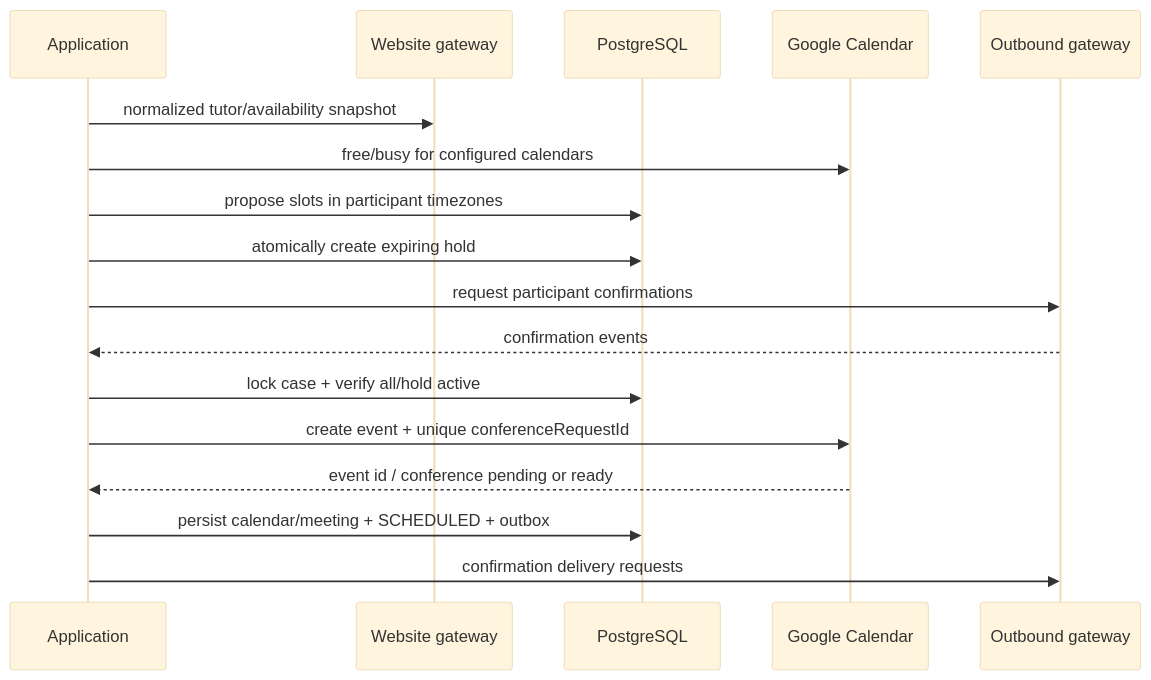
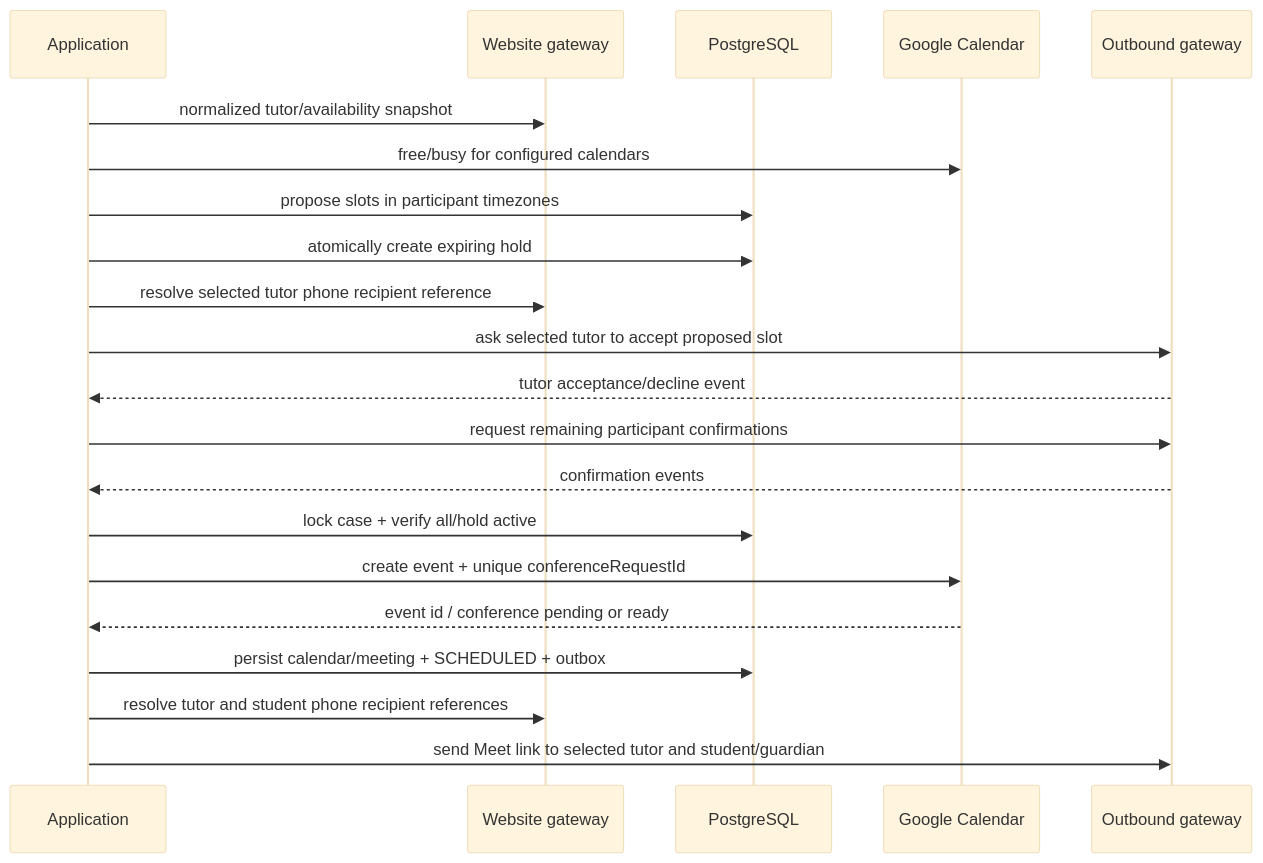
Before and after one commit to ajayvatsyayanseo-commits/Demo-Command-Center-Agent: the first of 2 diagrams in docs/architecture/scheduling-saga.md, drawn with Mermaid (base theme). The commit also changed other lines of this file and 150 other files, not shown here.

````diff
--- a/docs/architecture/scheduling-saga.md
+++ b/docs/architecture/scheduling-saga.md
@@ -5,19 +5,23 @@
 ```mermaid
 sequenceDiagram
     participant A as Application
     participant W as Website gateway
     participant DB as PostgreSQL
     participant G as Google Calendar
     participant Q as Outbound gateway
     A->>W: normalized tutor/availability snapshot
     A->>G: free/busy for configured calendars
     A->>DB: propose slots in participant timezones
     A->>DB: atomically create expiring hold
-    A->>Q: request participant confirmations
+    A->>W: resolve selected tutor phone recipient reference
+    A->>Q: ask selected tutor to accept proposed slot
+    Q-->>A: tutor acceptance/decline event
+    A->>Q: request remaining participant confirmations
     Q-->>A: confirmation events
     A->>DB: lock case + verify all/hold active
     A->>G: create event + unique conferenceRequestId
     G-->>A: event id / conference pending or ready
     A->>DB: persist calendar/meeting + SCHEDULED + outbox
-    A->>Q: confirmation delivery requests
+    A->>W: resolve tutor and student phone recipient references
+    A->>Q: send Meet link to selected tutor and student/guardian
 ```
````
